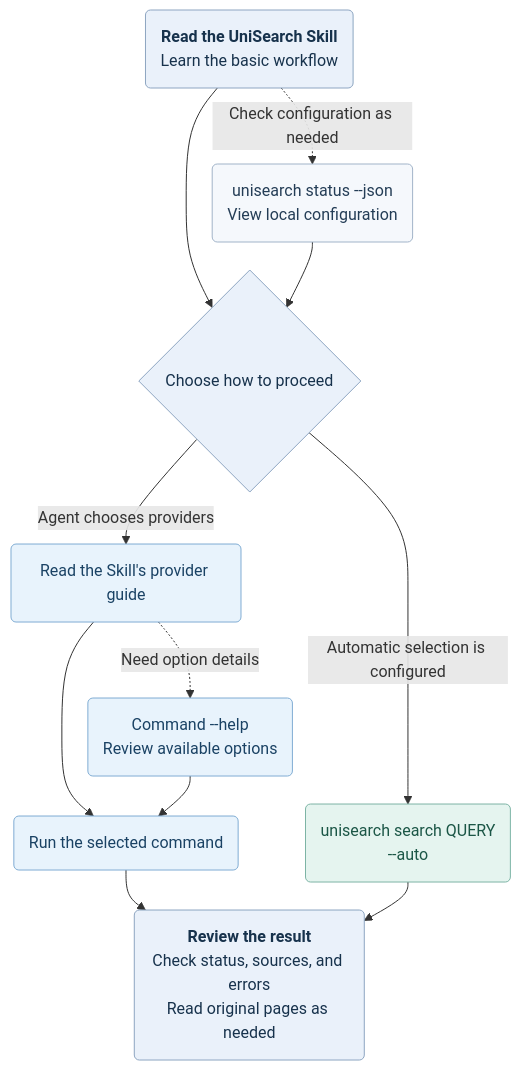
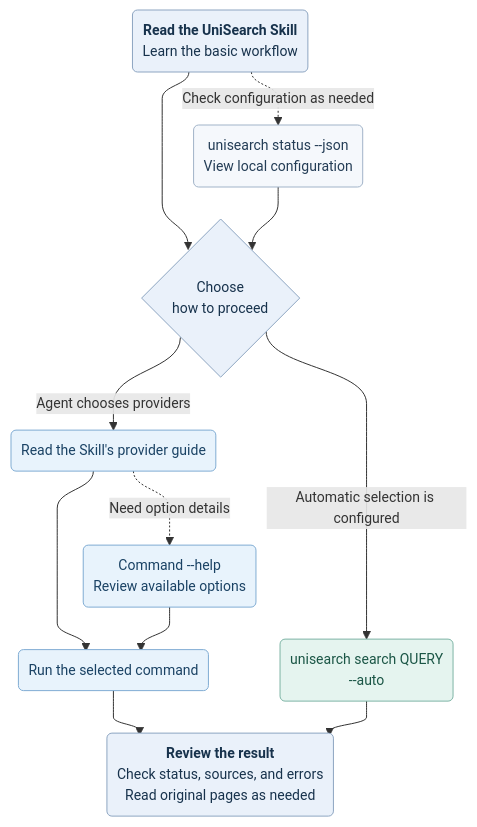
One commit to ADabbler/unisearch changed the diagram in README.md. Above: the diagram before and after it, drawn with Mermaid. The commit also changed other lines of this file and 1 other file, not shown here.

Commit message:
docs(readme): refine workflow diagram and TinyFish link

````diff
--- a/README.md
+++ b/README.md
@@ -78,32 +78,39 @@
 ```mermaid
 ---
 config:
+    layout: dagre
+    themeVariables:
+        fontSize: 14px
     flowchart:
         nodeSpacing: 32
-        rankSpacing: 28
+        rankSpacing: 32
+        padding: 10
+        diagramPadding: 4
+        minNodeWidth: 0
+        wrappingWidth: 224
+        curve: bumpY
 ---
 flowchart TD
     accTitle: How agents learn about and use UniSearch as needed
-    skill("<b>Read the UniSearch Skill</b><br/>Learn the basic workflow") --> entry{"Choose how to proceed"}
+    skill("<b>Read the UniSearch Skill</b><br/>Learn the basic workflow") --> entry{"Choose<br/>how to proceed"}
     skill -.->|Check configuration as needed| status("unisearch status --json<br/>View local configuration")
     status --> entry
 
     entry -->|Agent chooses providers| guide("Read the Skill's provider guide")
     entry -->|Automatic selection is configured| auto("unisearch search QUERY<br/>--auto")
 
     guide --> run("Run the selected command")
     guide -.->|Need option details| help("Command --help<br/>Review available options")
     help --> run
 
-    run --> review("<b>Review the result</b><br/>Check status, sources, and errors<br/>Read original pages as needed")
-    auto --> review
+    run & auto --> review("<b>Review the result</b><br/>Check status, sources, and errors<br/>Read original pages as needed")
 
     classDef shared fill:#EAF1FA,stroke:#8DA5C1,color:#17324C;
     classDef neutral fill:#F5F8FC,stroke:#A1B3C8,color:#243D56;
     classDef agent fill:#E8F3FC,stroke:#80ACD3,color:#1A4264;
     classDef automatic fill:#E5F4EF,stroke:#7DB4A5,color:#1B5646;
     class skill,entry,review shared;
     class status neutral;
     class guide,help,run agent;
     class auto automatic;
 ```
````
